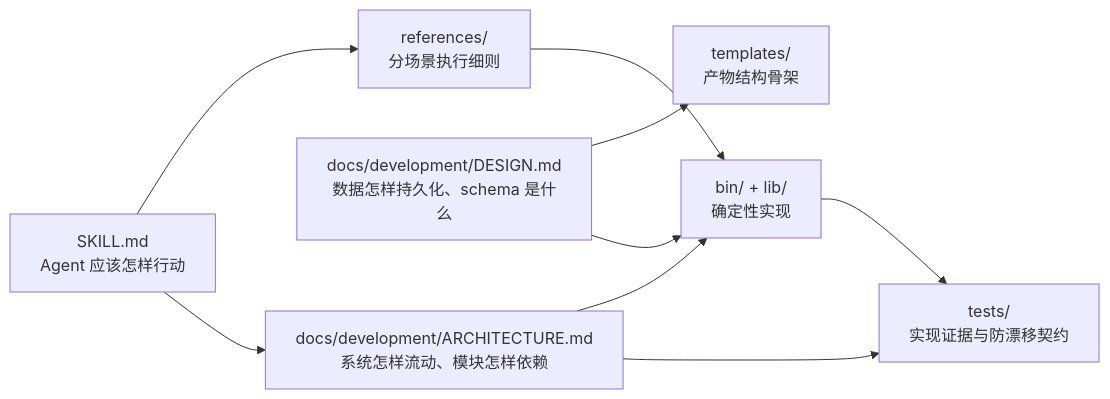
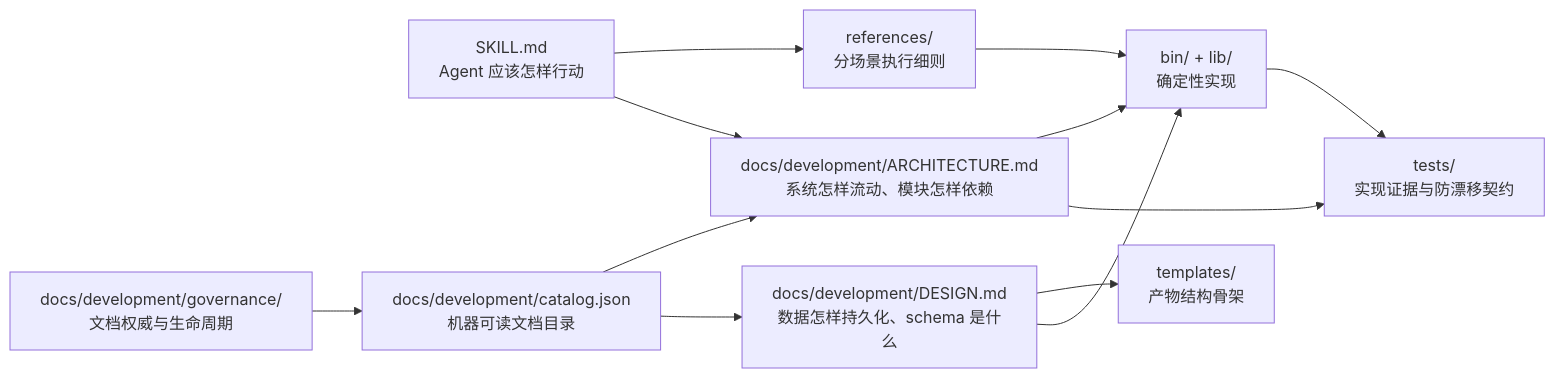
Before and after one commit to ranjiao/byteworker: the third of 19 diagrams in docs/development/ARCHITECTURE.md, drawn with Mermaid. The commit also changed other lines of this file and 18 other files, not shown here.

````diff
--- a/docs/development/ARCHITECTURE.md
+++ b/docs/development/ARCHITECTURE.md
@@ -100,19 +100,24 @@
 ```mermaid
 flowchart LR
     S["SKILL.md<br/>Agent 应该怎样行动"]
     A["docs/development/ARCHITECTURE.md<br/>系统怎样流动、模块怎样依赖"]
     D["docs/development/DESIGN.md<br/>数据怎样持久化、schema 是什么"]
+    G["docs/development/governance/<br/>文档权威与生命周期"]
+    K["docs/development/catalog.json<br/>机器可读文档目录"]
     R["references/<br/>分场景执行细则"]
     T["templates/<br/>产物结构骨架"]
     C["bin/ + lib/<br/>确定性实现"]
     Q["tests/<br/>实现证据与防漂移契约"]
 
     S --> R
     S --> A
+    G --> K
+    K --> A
+    K --> D
     A --> C
     A --> Q
     D --> T
     D --> C
     R --> C
     C --> Q
 ```
````
